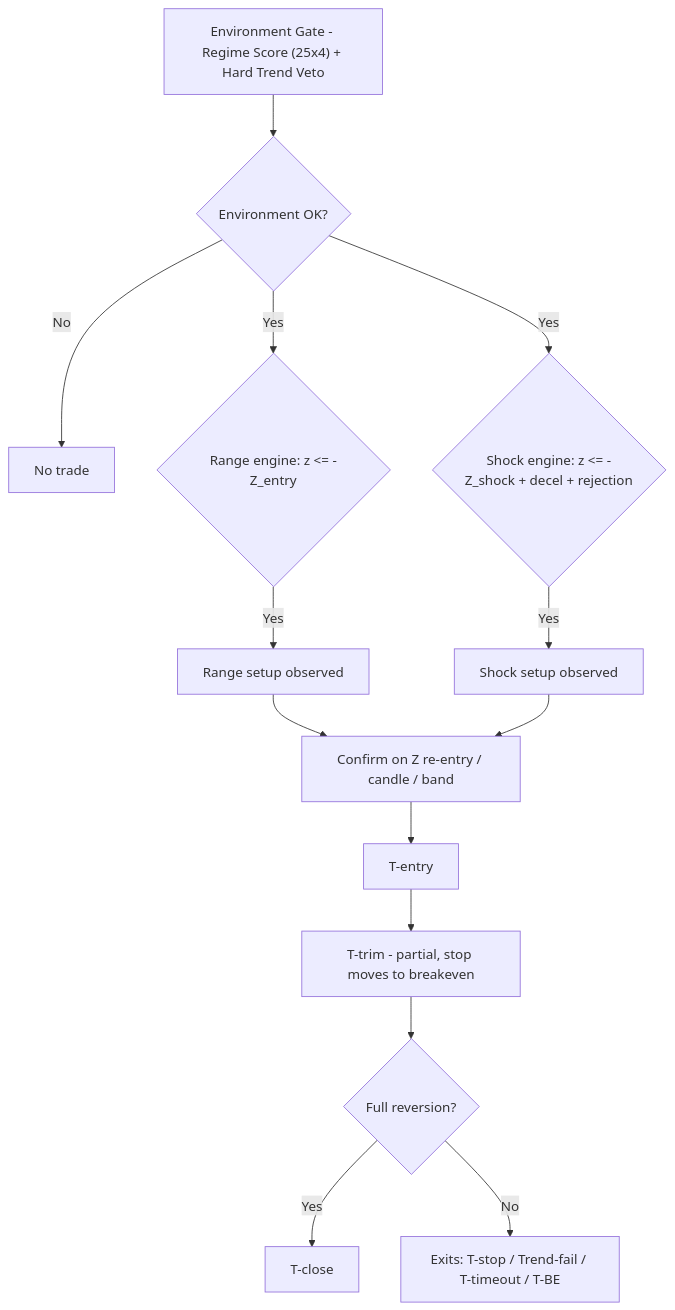
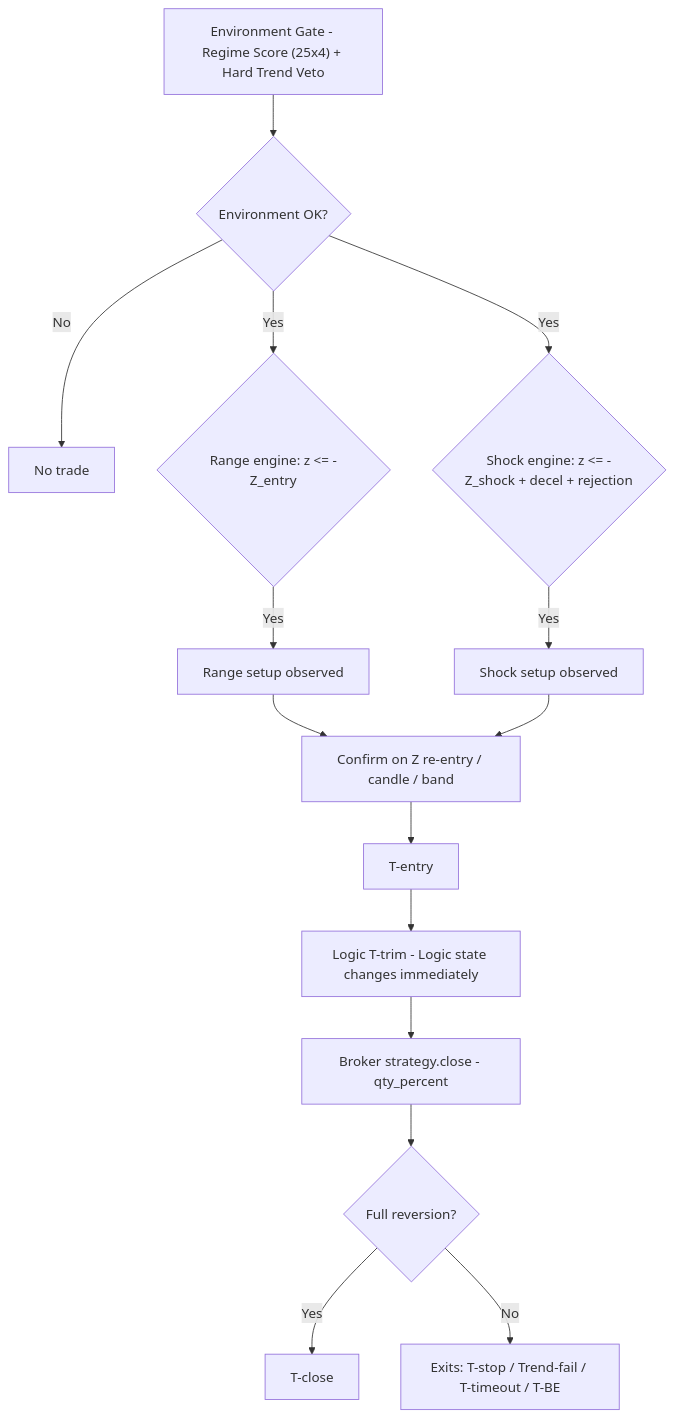
Before and after one commit to efanxu/Auto_Trading: the diagram in README.md, drawn with Mermaid. The commit also changed other lines of this file and 5 other files, not shown here.

Commit message:
refactor: decouple V2 logic from broker execution

````diff
--- a/README.md
+++ b/README.md
@@ -45,17 +45,18 @@
 ```mermaid
 flowchart TD
     GATE["Environment Gate - Regime Score (25x4) + Hard Trend Veto"]
     GATE --> CHECK{"Environment OK?"}
     CHECK -- "No" --> NONE["No trade"]
     CHECK -- "Yes" --> RANGE{"Range engine: z <= -Z_entry"}
     CHECK -- "Yes" --> SHOCK{"Shock engine: z <= -Z_shock + decel + rejection"}
     RANGE -- "Yes" --> RSETUP["Range setup observed"]
     SHOCK -- "Yes" --> SSETUP["Shock setup observed"]
     RSETUP --> CONFIRM["Confirm on Z re-entry / candle / band"]
     SSETUP --> CONFIRM
     CONFIRM --> ENTRY["T-entry"]
-    ENTRY --> TRIM["T-trim - partial, stop moves to breakeven"]
-    TRIM --> CLOSE{"Full reversion?"}
+    ENTRY --> TRIM["Logic T-trim - Logic state changes immediately"]
+    TRIM --> BROKER["Broker strategy.close - qty_percent"]
+    BROKER --> CLOSE{"Full reversion?"}
     CLOSE -- "Yes" --> CLOSED["T-close"]
     CLOSE -- "No" --> EXITS["Exits: T-stop / Trend-fail / T-timeout / T-BE"]
 ```
````
